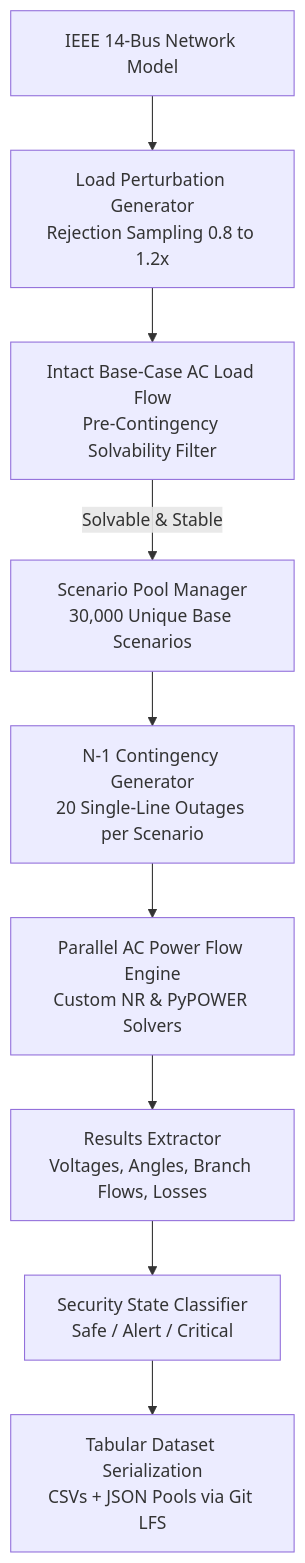
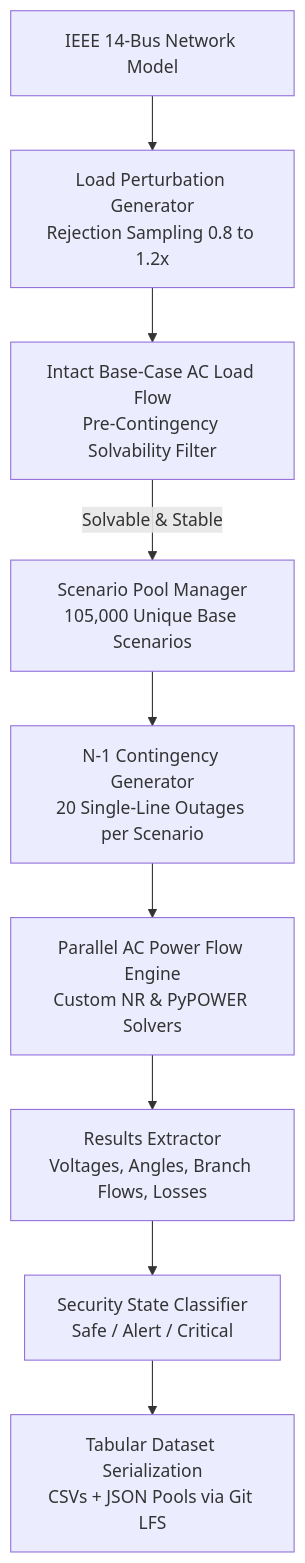
One commit to RavikantiAkshay/Contingency-Analysis-2 changed the diagram in README.md. Above: the diagram before and after it, drawn with Mermaid. The commit also changed other lines of this file and 9 other files, not shown here.

Commit message:
Add dataset_500k and dataset_1M: scale to 2.1M contingency cases and 105k unique scenarios

````diff
--- a/README.md
+++ b/README.md
@@ -45,11 +45,11 @@
 ```mermaid
 flowchart TD
     A[IEEE 14-Bus Network Model] --> B[Load Perturbation Generator\nRejection Sampling 0.8 to 1.2x]
     B --> C[Intact Base-Case AC Load Flow\nPre-Contingency Solvability Filter]
-    C -->|Solvable & Stable| D[Scenario Pool Manager\n30,000 Unique Base Scenarios]
+    C -->|Solvable & Stable| D[Scenario Pool Manager\n105,000 Unique Base Scenarios]
     D --> E[N-1 Contingency Generator\n20 Single-Line Outages per Scenario]
     E --> F[Parallel AC Power Flow Engine\nCustom NR & PyPOWER Solvers]
     F --> G[Results Extractor\nVoltages, Angles, Branch Flows, Losses]
     G --> H[Security State Classifier\nSafe / Alert / Critical]
     H --> I[Tabular Dataset Serialization\nCSVs + JSON Pools via Git LFS]
 ```
````
